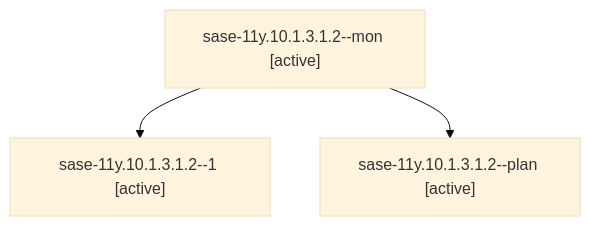
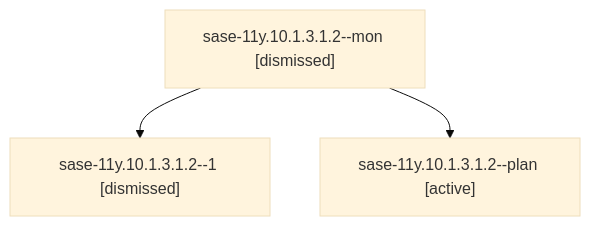
Before and after one commit to sase-org/sase--agents: the diagram in sessions/bbugyi200.athena.sase-11y.10.1.3.1.2.md, drawn with Mermaid (base theme). The commit also changed other lines of this file and 252 other files, not shown here.

````diff
--- a/sessions/bbugyi200.athena.sase-11y.10.1.3.1.2.md
+++ b/sessions/bbugyi200.athena.sase-11y.10.1.3.1.2.md
@@ -9,8 +9,8 @@
 ```mermaid
 flowchart TD
-  n0["sase-11y.10.1.3.1.2--mon [active]"]
-  n1["sase-11y.10.1.3.1.2--1 [active]"]
+  n0["sase-11y.10.1.3.1.2--mon [dismissed]"]
+  n1["sase-11y.10.1.3.1.2--1 [dismissed]"]
   n0 --> n1
   n2["sase-11y.10.1.3.1.2--plan [active]"]
   n0 --> n2
 ```
````
